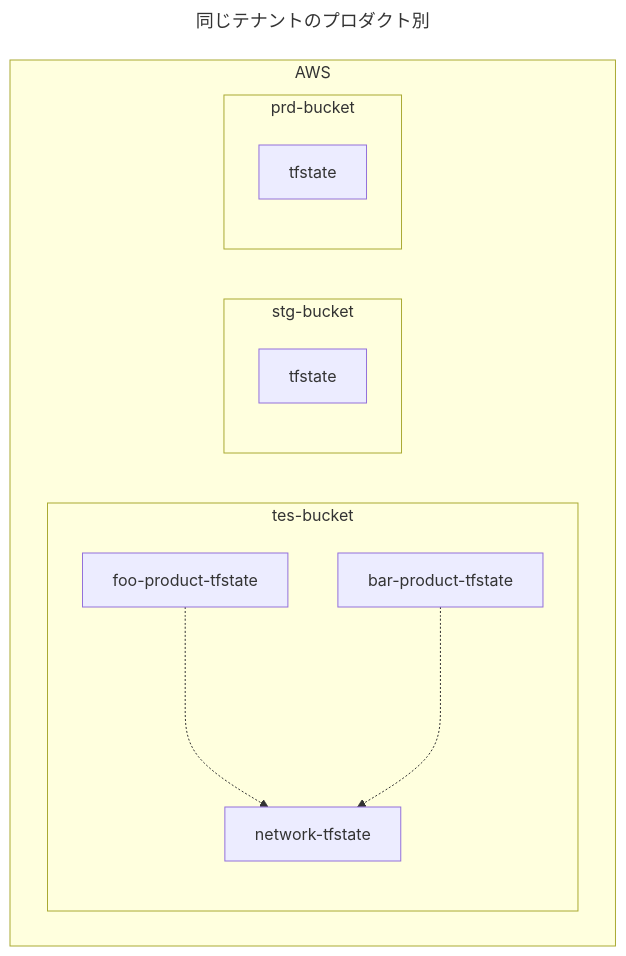
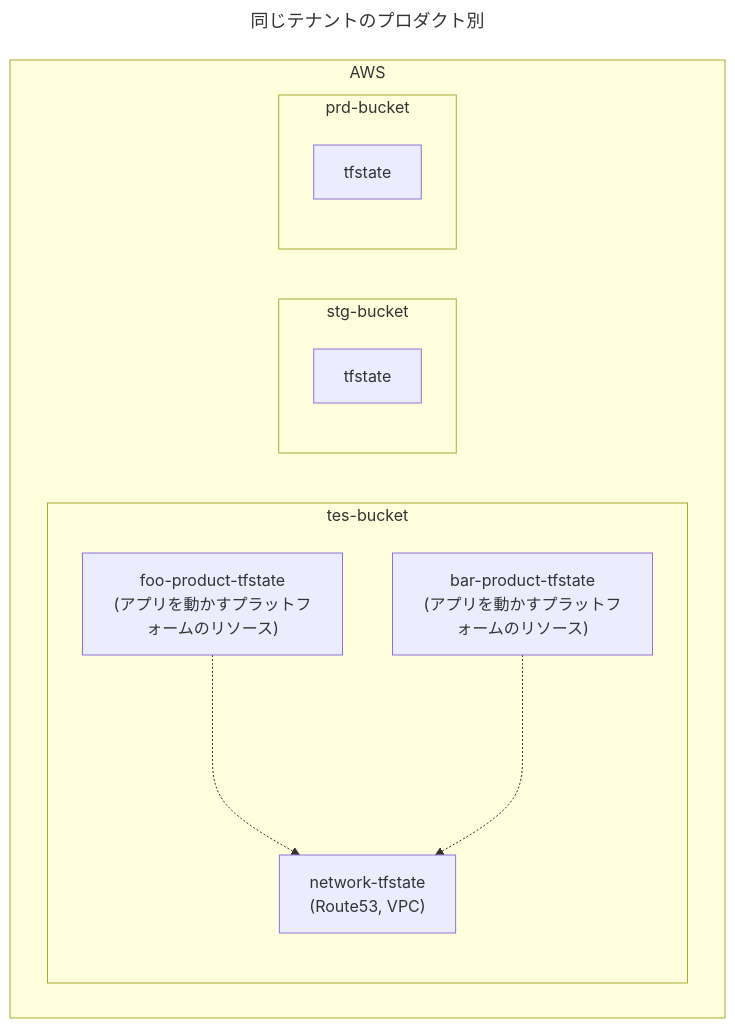
The seventh of 12 diagrams in dist/entry/2023/07/01/180257.md (hiroki-it/hatenablog), drawn with Mermaid before and after one commit. The commit also changed other lines of this file, not shown here.

````diff
--- a/dist/entry/2023/07/01/180257.md
+++ b/dist/entry/2023/07/01/180257.md
@@ -1166,20 +1175,20 @@
 ```mermaid
 ---
 title: 同じテナントのプロダクト別
 ---
 %%{init:{'theme':'default'}}%%
 flowchart TB
     subgraph AWS
         subgraph tes-bucket
-            foo["foo-product-tfstate"]-..->network
-            bar["bar-product-tfstate"]-..->network
-            network["network-tfstate"]
+            foo["foo-product-tfstate<br>(アプリを動かすプラットフォームのリソース)"]-..->network
+            bar["bar-product-tfstate<br>(アプリを動かすプラットフォームのリソース)"]-..->network
+            network["network-tfstate<br>(Route53, VPC)"]
         end
     subgraph stg-bucket
         stg["tfstate"]
     end
     subgraph prd-bucket
         prd["tfstate"]
     end
     end
 ```
````
